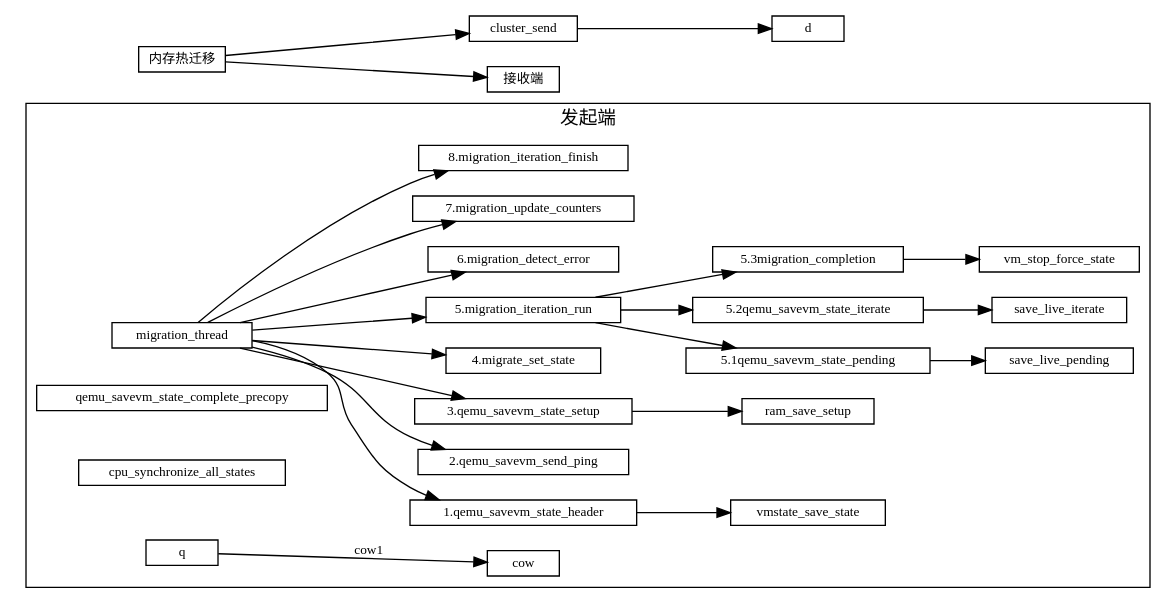
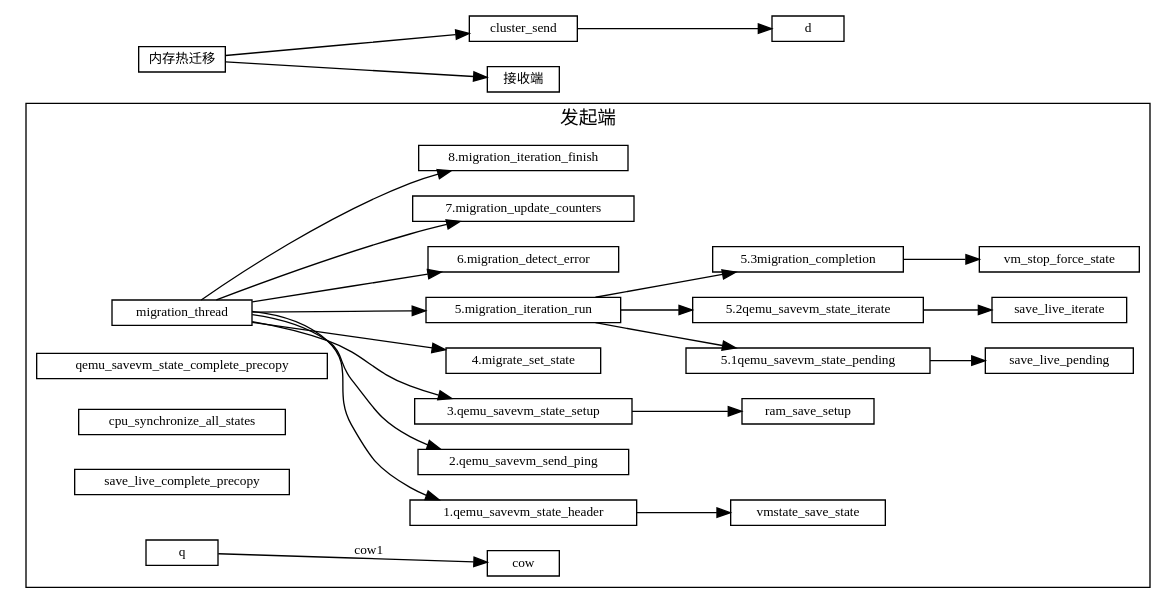
Before and after one commit to sisyphus1212/note: the diagram in 虚拟化/热迁移/1-内存热迁移.md, drawn with Graphviz.

Commit message:
auto_update

````diff
--- a/虚拟化/热迁移/1-内存热迁移.md
+++ b/虚拟化/热迁移/1-内存热迁移.md
@@ -11,61 +11,61 @@
 ```graphviz
 digraph {
 fontname="Helvetica,Arial,sans-serif"
 //node [fontname="Helvetica,Arial,sans-serif"]
 //edge [fontname="Helvetica,Arial,sans-serif"]
 rankdir="LR"
 node [fontsize=10, shape=record, height=0.25]
 edge [fontsize=10]
   subgraph send {
     cluster=true;
     label="发起端";
     qemu_savevm_state_header[label="1.qemu_savevm_state_header"];
     qemu_savevm_send_ping[label="2.qemu_savevm_send_ping"];
     qemu_savevm_state_setup[label="3.qemu_savevm_state_setup"];
     migrate_set_state[label="4.migrate_set_state"];
     migration_iteration_run[label="5.migration_iteration_run"];
 
     migration_detect_error[label="6.migration_detect_error"];
     migration_update_counters[label="7.migration_update_counters"];
     migration_iteration_finish[label="8.migration_iteration_finish"];
 
     migration_thread -> qemu_savevm_state_header
                      -> vmstate_save_state;
     migration_thread -> qemu_savevm_send_ping;
     migration_thread -> qemu_savevm_state_setup
                      -> ram_save_setup;
     migration_thread -> migrate_set_state;
 
     qemu_savevm_state_pending[label="5.1qemu_savevm_state_pending"];
     qemu_savevm_state_iterate[label="5.2qemu_savevm_state_iterate"];
     migration_completion[label="5.3migration_completion"];
 
     vm_stop_force_state
     qemu_savevm_state_complete_precopy
     cpu_synchronize_all_states
-
+    save_live_complete_precopy
     migration_thread ->
          migration_iteration_run->qemu_savevm_state_pending
                                 ->save_live_pending;
          migration_iteration_run->qemu_savevm_state_iterate
                                 ->save_live_iterate;
          migration_iteration_run->migration_completion
                                 ->vm_stop_force_state;
 
 
     migration_thread -> migration_detect_error
     migration_thread -> migration_update_counters
     migration_thread -> migration_iteration_finish
 
 
 
     q -> cow[label="cow1"];
   }
 
 内存热迁移 [label="内存热迁移"]
 内存热迁移 -> cluster_send
            -> d
 
 内存热迁移 -> 接收端
 }
 ```
````
